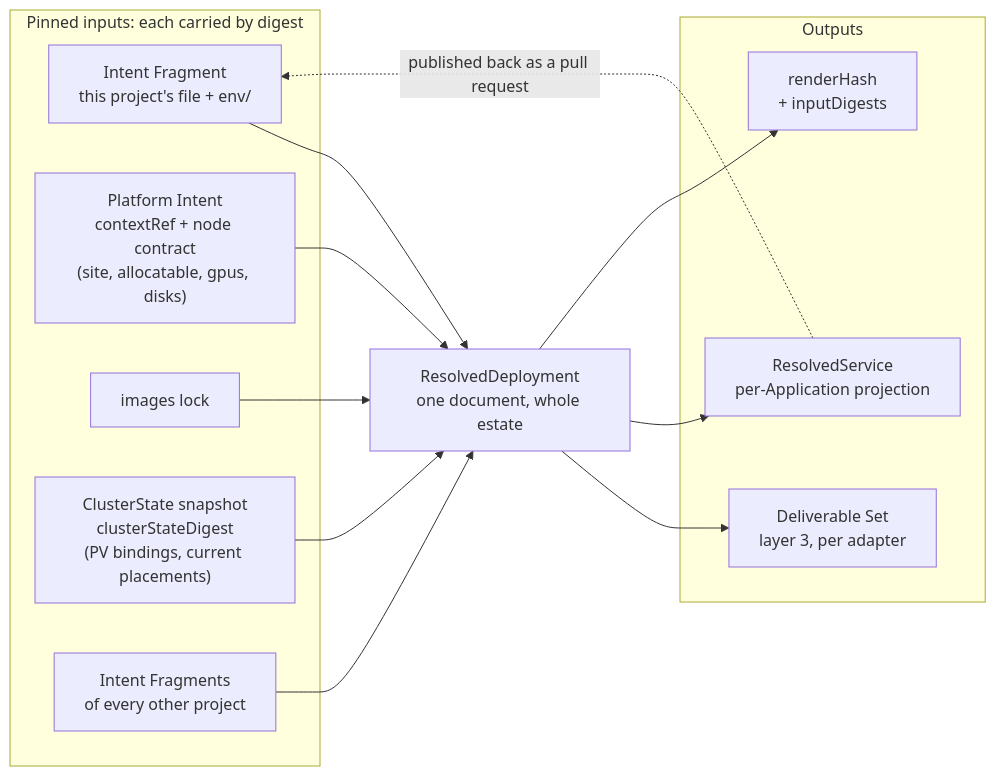
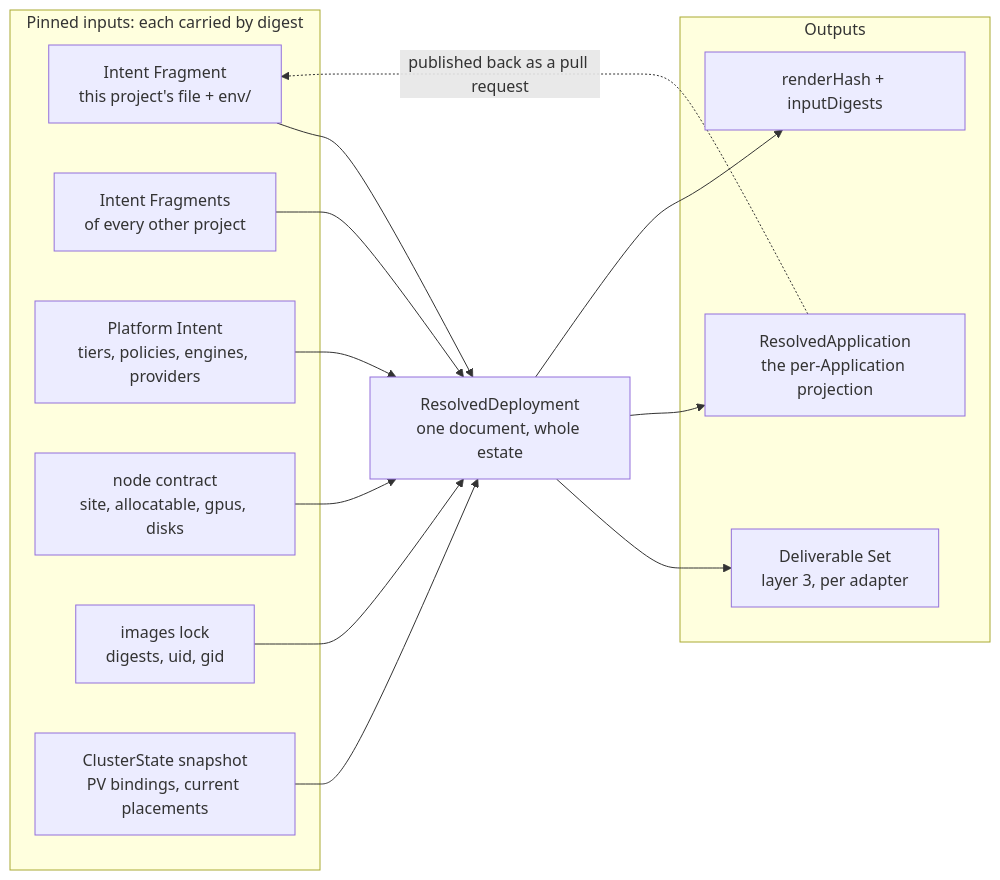
Before and after one commit to JorisJonkers-dev/deploy-kit: the second of 3 diagrams in spec/v1/20-resolved-deployment.md, drawn with Mermaid. The commit also changed other lines of this file and 86 other files, not shown here.

First line of the commit message:
feat: give the Resolved Deployment and the node contract their metamodels (#135)

````diff
--- a/spec/v1/20-resolved-deployment.md
+++ b/spec/v1/20-resolved-deployment.md
@@ -976,28 +1299,30 @@
 ```mermaid
 flowchart LR
     subgraph IN["Pinned inputs: each carried by digest"]
         i1["Intent Fragment<br/>this project's file + env/"]
-        i2["Platform Intent<br/>contextRef + node contract<br/>(site, allocatable, gpus, disks)"]
-        i3["images lock"]
-        i4["ClusterState snapshot<br/>clusterStateDigest<br/>(PV bindings, current placements)"]
-        i5["Intent Fragments<br/>of every other project"]
+        i2["Intent Fragments<br/>of every other project"]
+        i3["Platform Intent<br/>tiers, policies, engines, providers"]
+        i4["node contract<br/>site, allocatable, gpus, disks"]
+        i5["images lock<br/>digests, uid, gid"]
+        i6["ClusterState snapshot<br/>PV bindings, current placements"]
     end
 
     RD["ResolvedDeployment<br/>one document, whole estate"]
 
     subgraph OUT["Outputs"]
         o1["Deliverable Set<br/>layer 3, per adapter"]
-        o2["ResolvedService<br/>per-Application projection"]
-        o3["renderHash<br/>+ inputDigests"]
+        o2["ResolvedApplication<br/>the per-Application projection"]
+        o3["renderHash + inputDigests"]
     end
 
     i1 --> RD
     i2 --> RD
     i3 --> RD
     i4 --> RD
     i5 --> RD
+    i6 --> RD
     RD --> o1
     RD --> o2
     RD --> o3
     o2 -.->|"published back as a pull request"| i1
 ```
````
